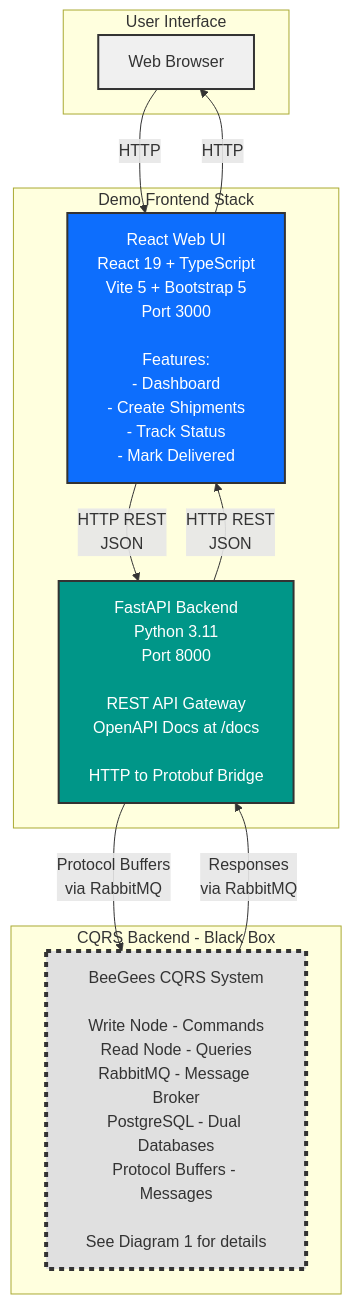
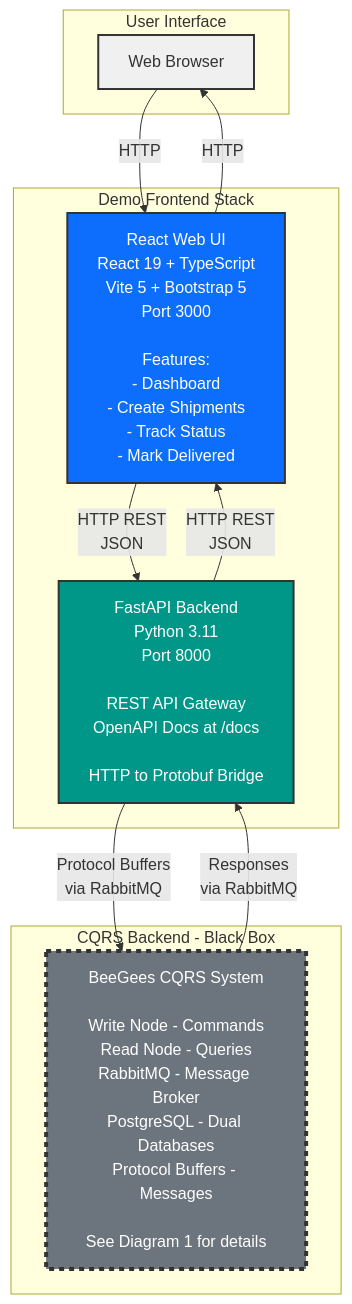
The second of 2 diagrams in ARCHITECTURE.md (eliodecolli/CSharp-CQRS), drawn with Mermaid before and after one commit. The commit also changed other lines of this file, not shown here.

Commit message:
Fixed diagram code - again

````diff
--- a/ARCHITECTURE.md
+++ b/ARCHITECTURE.md
@@ -122,29 +109,29 @@
 ```mermaid
 graph TB
     subgraph "User Interface"
         BROWSER[Web Browser]
     end
 
     subgraph "Demo Frontend Stack"
         UI[React Web UI<br/>React 19 + TypeScript<br/>Vite 5 + Bootstrap 5<br/>Port 3000<br/><br/>Features:<br/>- Dashboard<br/>- Create Shipments<br/>- Track Status<br/>- Mark Delivered]
 
         API[FastAPI Backend<br/>Python 3.11<br/>Port 8000<br/><br/>REST API Gateway<br/>OpenAPI Docs at /docs<br/><br/>HTTP to Protobuf Bridge]
     end
 
     subgraph "CQRS Backend - Black Box"
         BACKEND[BeeGees CQRS System<br/><br/>Write Node - Commands<br/>Read Node - Queries<br/>RabbitMQ - Message Broker<br/>PostgreSQL - Dual Databases<br/>Protocol Buffers - Messages<br/><br/>See Diagram 1 for details]
     end
 
     %% User interactions
     BROWSER -->|HTTP| UI
     UI -->|HTTP REST<br/>JSON| API
     API -->|Protocol Buffers<br/>via RabbitMQ| BACKEND
     BACKEND -->|Responses<br/>via RabbitMQ| API
     API -->|HTTP REST<br/>JSON| UI
     UI -->|HTTP| BROWSER
 
     style BROWSER fill:#f0f0f0,stroke:#333,stroke-width:2px
     style UI fill:#0d6efd,stroke:#333,stroke-width:2px,color:#fff
     style API fill:#009688,stroke:#333,stroke-width:2px,color:#fff
-    style BACKEND fill:#e0e0e0,stroke:#333,stroke-width:4px,stroke-dasharray: 5 5
+    style BACKEND fill:#6c757d,stroke:#333,stroke-width:4px,stroke-dasharray: 5 5,color:#fff
 ```
````
